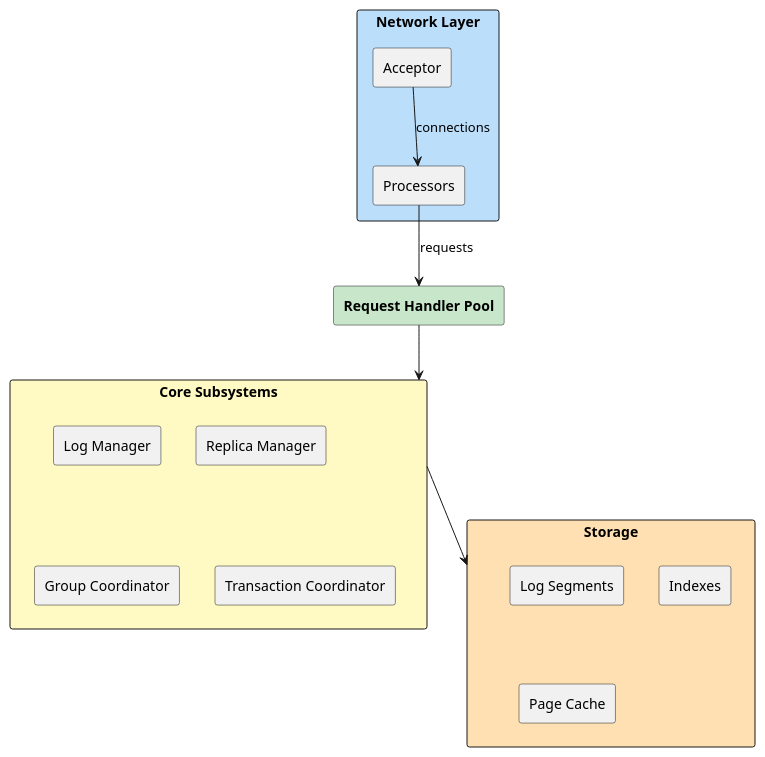
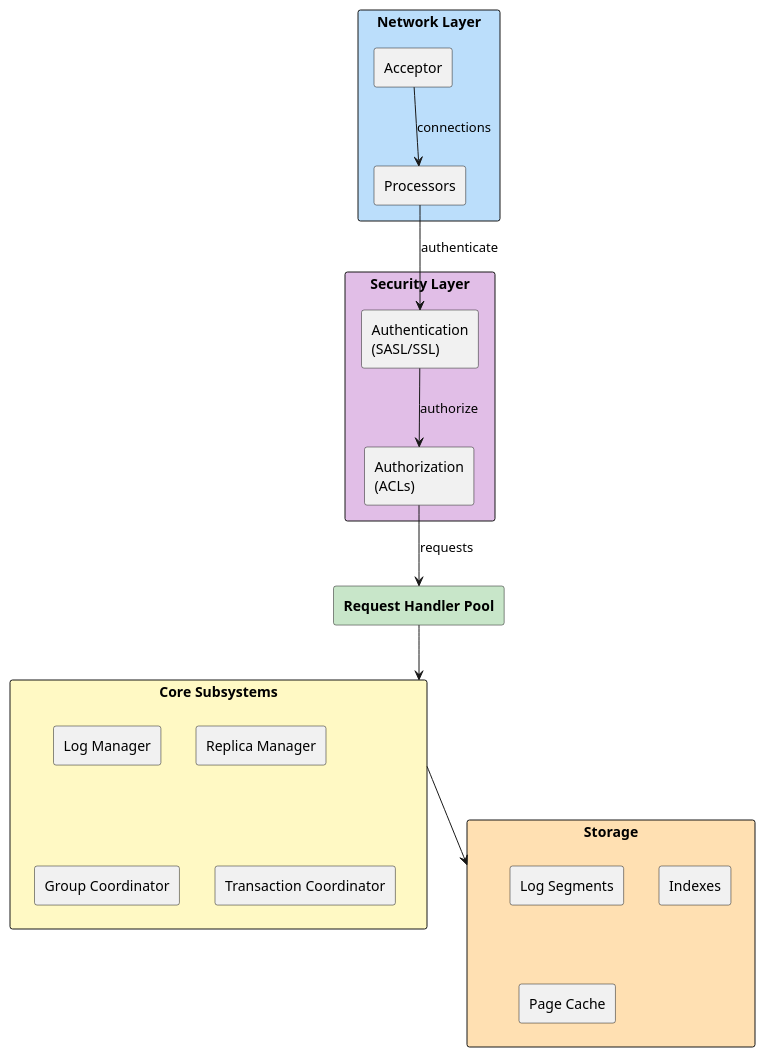
One commit to axonops/documentation changed the first of 29 diagrams in docs/data-platforms/kafka/architecture/brokers/internals.md. Above: the diagram before and after it, drawn with PlantUML. The commit also changed other lines of this file, not shown here.

First line of the commit message:
Add security layer to Kafka broker internals architecture

````diff
--- a/docs/data-platforms/kafka/architecture/brokers/internals.md
+++ b/docs/data-platforms/kafka/architecture/brokers/internals.md
@@ -19,34 +19,41 @@
 ```plantuml
 @startuml
 skinparam backgroundColor transparent
 skinparam rectangle {
     RoundCorner 5
 }
 
 rectangle "**Network Layer**" as net #BBDEFB {
     rectangle "Acceptor" as acc
     rectangle "Processors" as proc
+}
+
+rectangle "**Security Layer**" as sec #E1BEE7 {
+    rectangle "Authentication\n(SASL/SSL)" as authn
+    rectangle "Authorization\n(ACLs)" as authz
 }
 
 rectangle "**Request Handler Pool**" as handler #C8E6C9
 
 rectangle "**Core Subsystems**" as core #FFF9C4 {
     rectangle "Log Manager" as log
     rectangle "Replica Manager" as replica
     rectangle "Group Coordinator" as group
     rectangle "Transaction Coordinator" as txn
 }
 
 rectangle "**Storage**" as storage #FFE0B2 {
     rectangle "Log Segments" as seg
     rectangle "Indexes" as idx
     rectangle "Page Cache" as cache
 }
 
 acc -down-> proc : connections
-proc -down-> handler : requests
+proc -down-> authn : authenticate
+authn -down-> authz : authorize
+authz -down-> handler : requests
 handler -down-> core
 core -down-> storage
 
 @enduml
 ```
````
